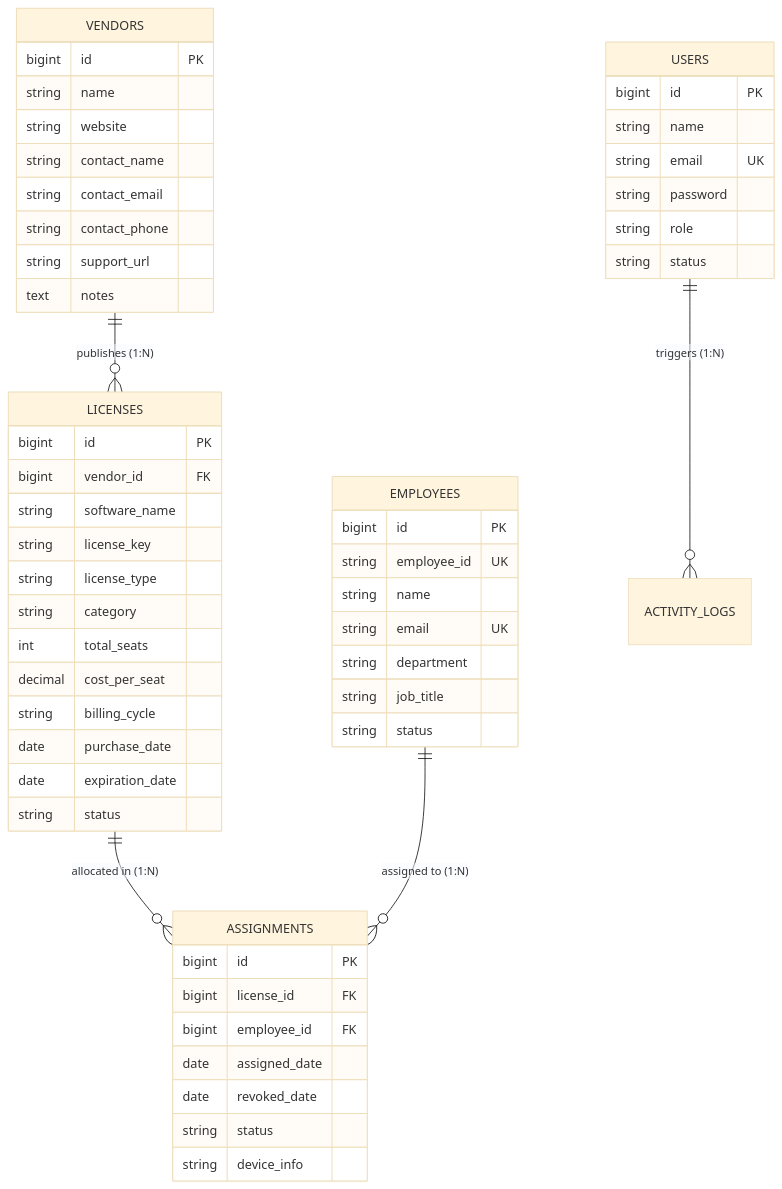
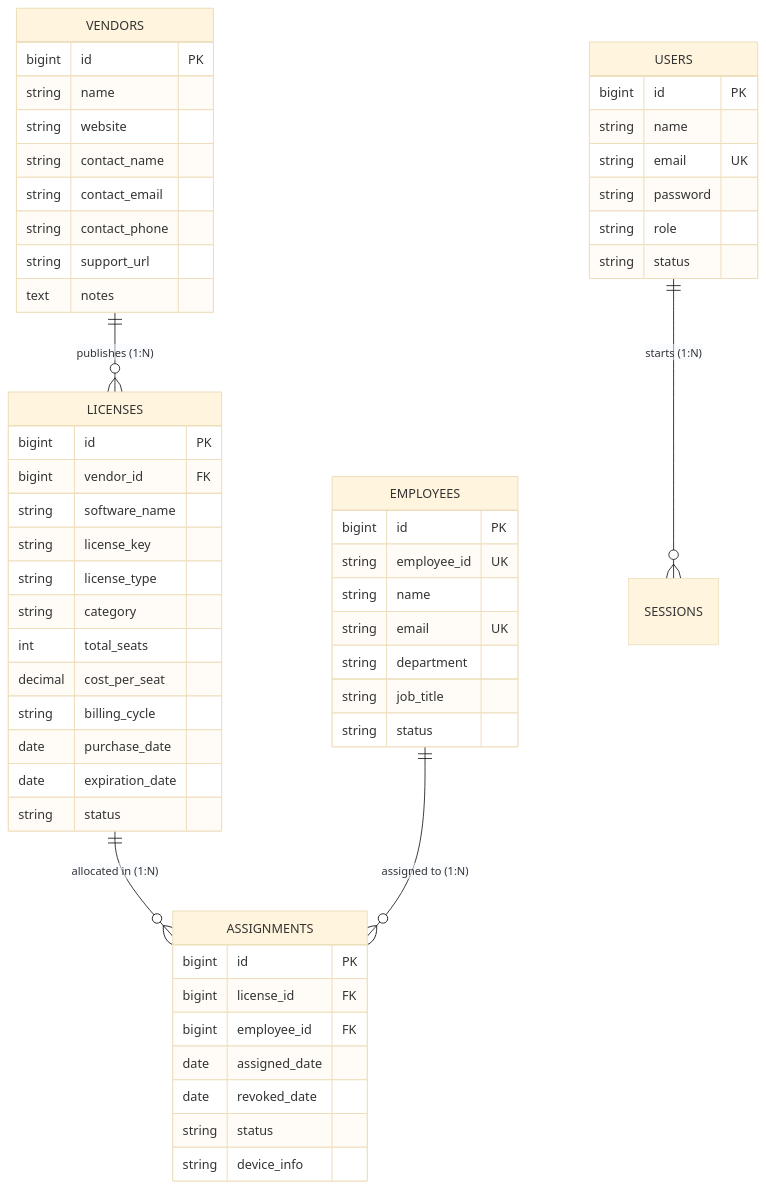
Before and after one commit to brijeshakbari-126302/Online_Licences_management_: the diagram in README.md, drawn with Mermaid (base theme). The commit also changed other lines of this file and 10 other files, not shown here.

````diff
--- a/README.md
+++ b/README.md
@@ -93,62 +76,62 @@
 ```mermaid
 erDiagram
     VENDORS ||--o{ LICENSES : "publishes (1:N)"
     LICENSES ||--o{ ASSIGNMENTS : "allocated in (1:N)"
     EMPLOYEES ||--o{ ASSIGNMENTS : "assigned to (1:N)"
-    USERS ||--o{ ACTIVITY_LOGS : "triggers (1:N)"
+    USERS ||--o{ SESSIONS : "starts (1:N)"
 
     VENDORS {
         bigint id PK
         string name
         string website
         string contact_name
         string contact_email
         string contact_phone
         string support_url
         text notes
     }
 
     LICENSES {
         bigint id PK
         bigint vendor_id FK
         string software_name
         string license_key
         string license_type
         string category
         int total_seats
         decimal cost_per_seat
         string billing_cycle
         date purchase_date
         date expiration_date
         string status
     }
 
     EMPLOYEES {
         bigint id PK
         string employee_id UK
         string name
         string email UK
         string department
         string job_title
         string status
     }
 
     ASSIGNMENTS {
         bigint id PK
         bigint license_id FK
         bigint employee_id FK
         date assigned_date
         date revoked_date
         string status
         string device_info
     }
 
     USERS {
         bigint id PK
         string name
         string email UK
         string password
         string role
         string status
     }
 ```
````
